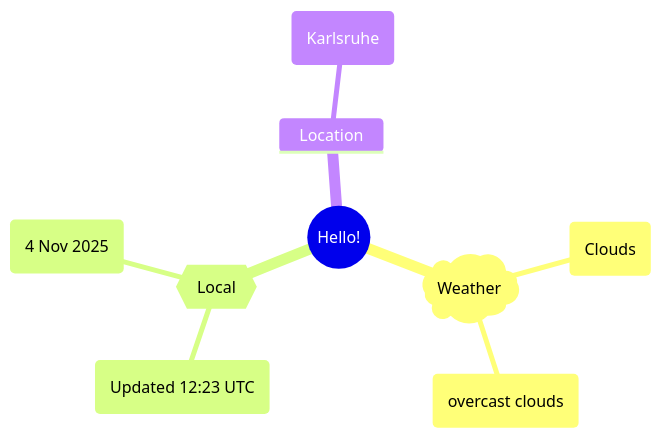
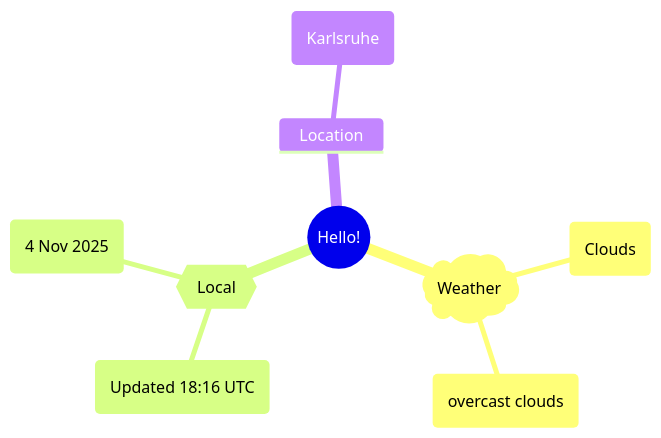
One commit to Xosrov/Xosrov changed the first of 2 diagrams in README.md. Above: the diagram before and after it, drawn with Mermaid.

Commit message:
[bot] updated images

````diff
--- a/README.md
+++ b/README.md
@@ -3,12 +3,12 @@
 ```mermaid
 mindmap
   root((Hello!))
     )Weather(
         (Clouds)
         (overcast clouds)
     {{Local}}
-        (Updated 12:23 UTC)
+        (Updated 18:16 UTC)
         (4 Nov 2025)
     Location
         (Karlsruhe)
 ```
````
